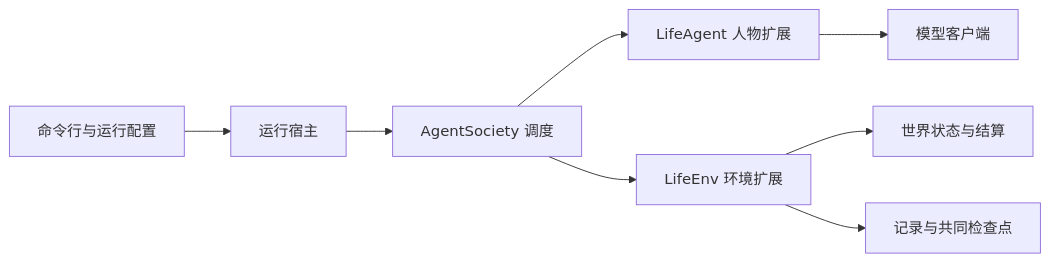
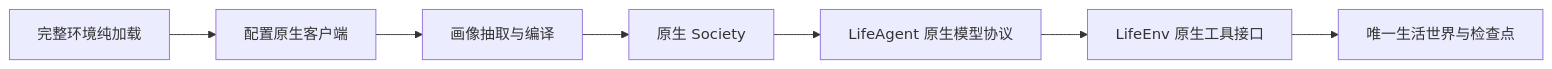
One commit to HoldThatThgt/WorldMock changed the diagram in docs/design/10-runtime.md. Above: the diagram before and after it, drawn with Mermaid. The commit also changed other lines of this file and 577 other files, not shown here.

````diff
--- a/docs/design/10-runtime.md
+++ b/docs/design/10-runtime.md
@@ -11,10 +9,9 @@
 ```mermaid
 flowchart LR
-    CLI[命令行与运行配置] --> HOST[运行宿主]
-    HOST --> SOC[AgentSociety 调度]
-    SOC --> PERSON[LifeAgent 人物扩展]
-    SOC --> ENV[LifeEnv 环境扩展]
-    PERSON --> MODEL[模型客户端]
-    ENV --> WORLD[世界状态与结算]
-    ENV --> STORE[记录与共同检查点]
+    Inputs[完整环境纯加载] --> Config[配置原生客户端]
+    Config --> Profile[画像抽取与编译]
+    Profile --> Society[原生 Society]
+    Society --> Agent[LifeAgent 原生模型协议]
+    Agent --> Environment[LifeEnv 原生工具接口]
+    Environment --> State[唯一生活世界与检查点]
 ```
````
